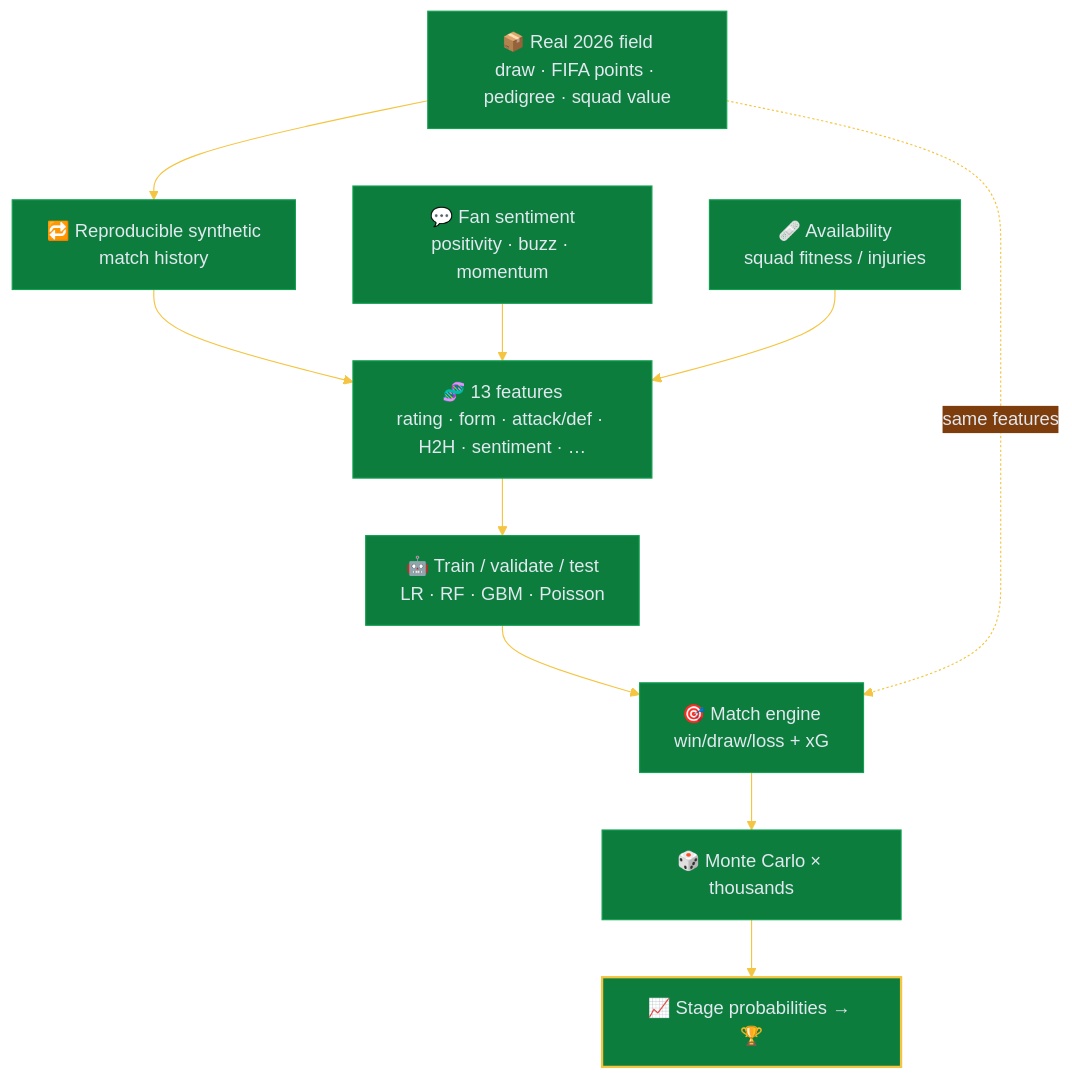
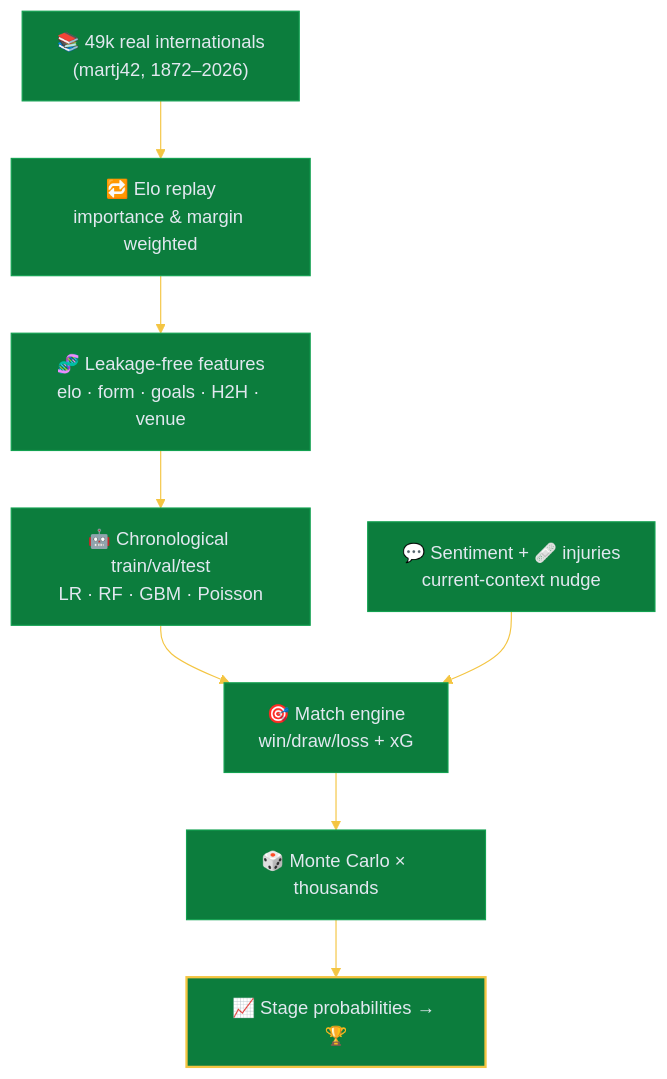
The second of 2 diagrams in README.md (shreyas463/2026-fifa-world-cup-final-predictor), drawn with Mermaid before and after one commit. The commit also changed other lines of this file and 26 other files, not shown here.

First line of the commit message:
Train on real historical matches + build bracket from real 2026 results

````diff
--- a/README.md
+++ b/README.md
@@ -116,20 +110,17 @@
 ```mermaid
 %%{init: {'theme':'base','themeVariables':{'primaryColor':'#0c7d3d','primaryTextColor':'#e2e8f0','primaryBorderColor':'#12a150','lineColor':'#f4c542','fontFamily':'Segoe UI, sans-serif'}}}%%
 flowchart TD
-    A["📦 Real 2026 field<br/>draw · FIFA points · pedigree · squad value"]
-    S["💬 Fan sentiment<br/>positivity · buzz · momentum"]
-    V["🩹 Availability<br/>squad fitness / injuries"]
-    B["🔁 Reproducible synthetic<br/>match history"]
-    C["🧬 13 features<br/>rating · form · attack/def · H2H · sentiment · …"]
-    D["🤖 Train / validate / test<br/>LR · RF · GBM · Poisson"]
+    A["📚 49k real internationals<br/>(martj42, 1872–2026)"]
+    B["🔁 Elo replay<br/>importance & margin weighted"]
+    C["🧬 Leakage-free features<br/>elo · form · goals · H2H · venue"]
+    D["🤖 Chronological train/val/test<br/>LR · RF · GBM · Poisson"]
+    X["💬 Sentiment + 🩹 injuries<br/>current-context nudge"]
     E["🎯 Match engine<br/>win/draw/loss + xG"]
     F["🎲 Monte Carlo × thousands"]
     G["📈 Stage probabilities → 🏆"]
 
     A --> B --> C --> D --> E --> F --> G
-    S --> C
-    V --> C
-    A -.same features.-> E
+    X --> E
 
     style G fill:#0c7d3d,stroke:#f4c542,stroke-width:2px
 ```
````
